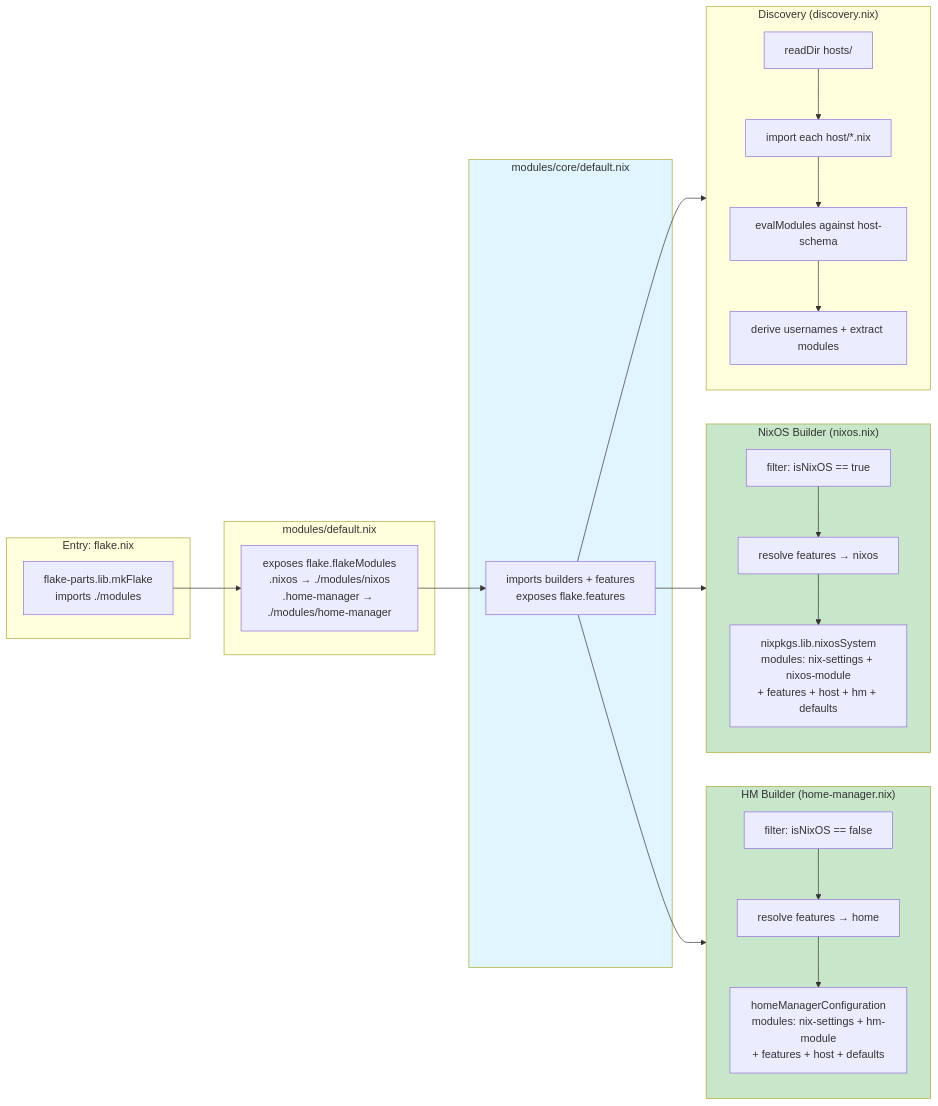
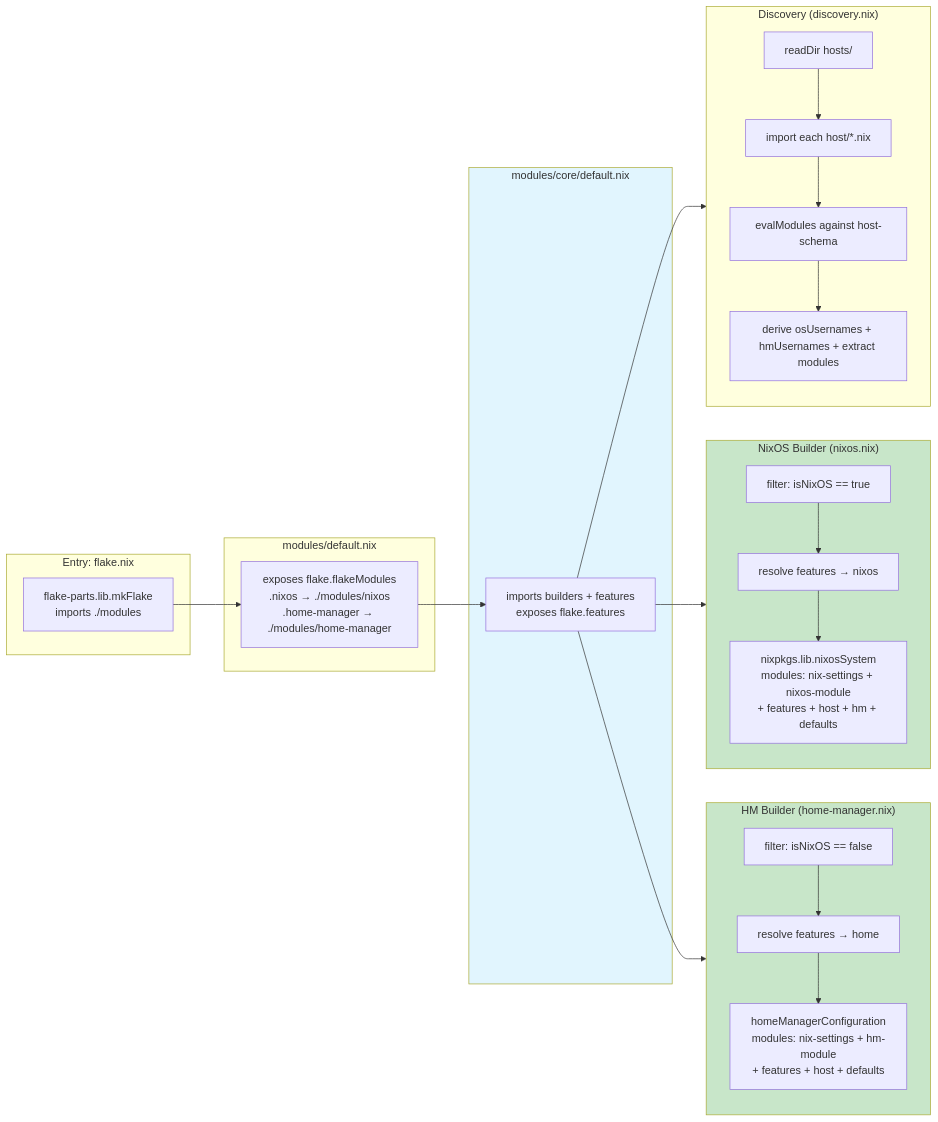
The second of 8 diagrams in DESIGN.md (WombatFromHell/automatic-palm-tree), drawn with Mermaid before and after one commit. The commit also changed other lines of this file and 7 other files, not shown here.

````diff
--- a/DESIGN.md
+++ b/DESIGN.md
@@ -81,49 +81,49 @@
 ```mermaid
 flowchart LR
     subgraph E ["Entry: flake.nix"]
         fp["flake-parts.lib.mkFlake\nimports ./modules"]
     end
 
     subgraph M ["modules/default.nix"]
         fm["exposes flake.flakeModules\n.nixos → ./modules/nixos\n.home-manager → ./modules/home-manager"]
     end
 
     subgraph C ["modules/core/default.nix"]
         cCore["imports builders + features\nexposes flake.features"]
     end
 
     subgraph D ["Discovery (discovery.nix)"]
         scan["readDir hosts/"]
         importHost["import each host/*.nix"]
         validate["evalModules against host-schema"]
-        enrich["derive usernames + extract modules"]
+        enrich["derive osUsernames + hmUsernames + extract modules"]
     end
 
     subgraph N ["NixOS Builder (nixos.nix)"]
         filter["filter: isNixOS == true"]
         resolveN["resolve features → nixos"]
         buildN["nixpkgs.lib.nixosSystem\nmodules: nix-settings + nixos-module\n+ features + host + hm + defaults"]
     end
 
     subgraph H ["HM Builder (home-manager.nix)"]
         filterH["filter: isNixOS == false"]
         resolveH["resolve features → home"]
         buildH["homeManagerConfiguration\nmodules: nix-settings + hm-module\n+ features + host + defaults"]
     end
 
     fp --> fm
     fm --> cCore
 
     cCore --> D
     cCore --> N
     cCore --> H
 
     scan --> importHost --> validate --> enrich
 
     filter --> resolveN --> buildN
     filterH --> resolveH --> buildH
 
     style C fill:#e1f5fe
     style N fill:#c8e6c9
     style H fill:#c8e6c9
 ```
````
